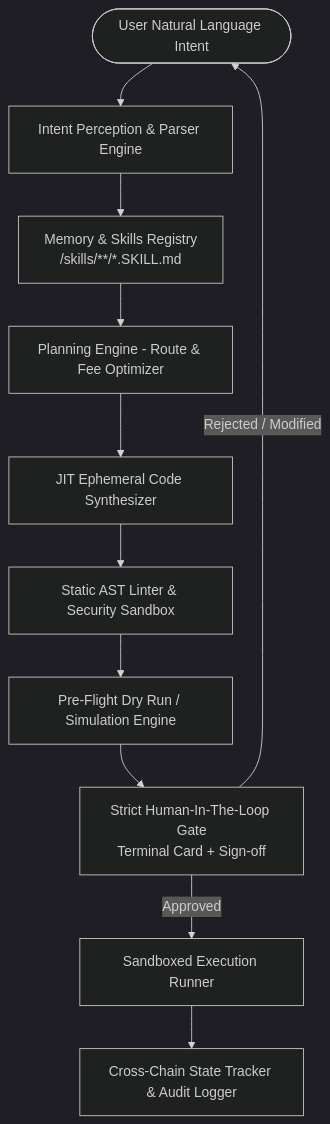
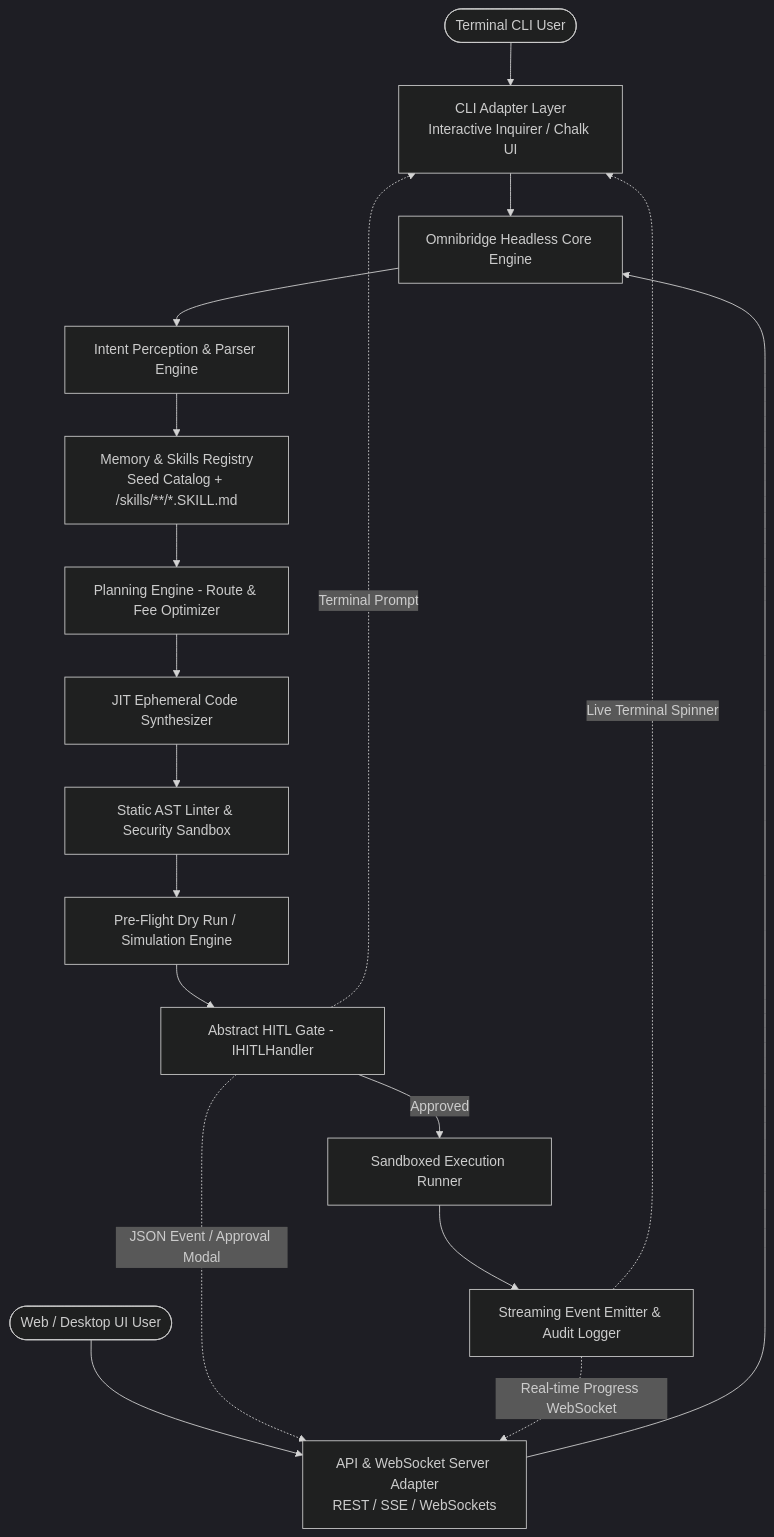
Before and after one commit to garantor/omnibridge2.0: the diagram in docs/PRD.md, drawn with Mermaid (dark theme). The commit also changed other lines of this file and 34 other files, not shown here.

Commit message:
feat: initialize core engine, CLI, HITL adapters, and skill catalog for omnibridge cross-chain platform

````diff
--- a/docs/PRD.md
+++ b/docs/PRD.md
@@ -30,13 +31,24 @@
 ```mermaid
 graph TD
-    User([User Natural Language Intent]) --> Perception[Intent Perception & Parser Engine]
-    Perception --> Memory[Memory & Skills Registry\n/skills/**/*.SKILL.md]
+    UserCLI([Terminal CLI User]) --> CLIAdapter[CLI Adapter Layer\nInteractive Inquirer / Chalk UI]
+    UserWeb([Web / Desktop UI User]) --> WebAdapter[API & WebSocket Server Adapter\nREST / SSE / WebSockets]
+    
+    CLIAdapter --> HeadlessEngine[Omnibridge Headless Core Engine]
+    WebAdapter --> HeadlessEngine
+    
+    HeadlessEngine --> Perception[Intent Perception & Parser Engine]
+    Perception --> Memory[Memory & Skills Registry\nSeed Catalog + /skills/**/*.SKILL.md]
     Memory --> Planner[Planning Engine - Route & Fee Optimizer]
     Planner --> Synthesizer[JIT Ephemeral Code Synthesizer]
     Synthesizer --> StaticAnalysis[Static AST Linter & Security Sandbox]
     StaticAnalysis --> Simulator[Pre-Flight Dry Run / Simulation Engine]
-    Simulator --> HITL[Strict Human-In-The-Loop Gate\nTerminal Card + Sign-off]
-    HITL -- Approved --> Runner[Sandboxed Execution Runner]
-    HITL -- Rejected / Modified --> User
-    Runner --> Telemetry[Cross-Chain State Tracker & Audit Logger]
+    
+    Simulator --> HITLGate[Abstract HITL Gate - IHITLHandler]
+    HITLGate -. Terminal Prompt .-> CLIAdapter
+    HITLGate -. JSON Event / Approval Modal .-> WebAdapter
+    
+    HITLGate -- Approved --> Runner[Sandboxed Execution Runner]
+    Runner --> Telemetry[Streaming Event Emitter & Audit Logger]
+    Telemetry -. Live Terminal Spinner .-> CLIAdapter
+    Telemetry -. Real-time Progress WebSocket .-> WebAdapter
 ```
````
